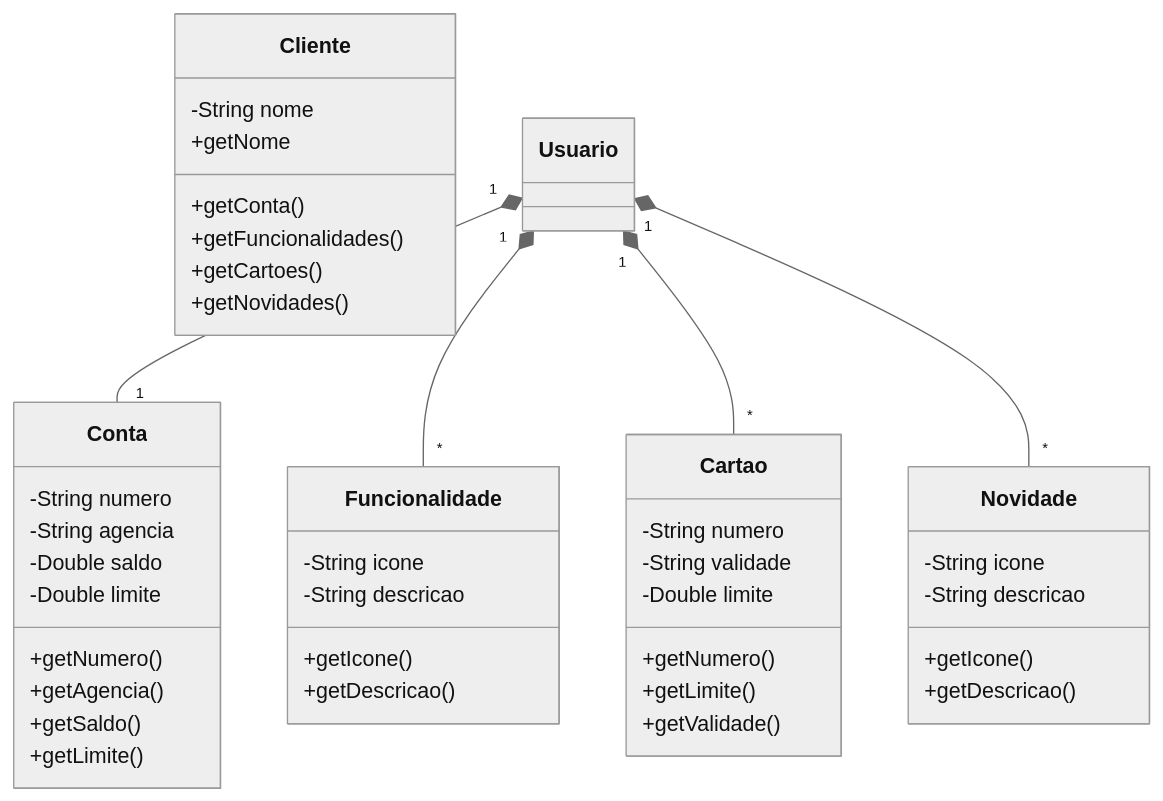
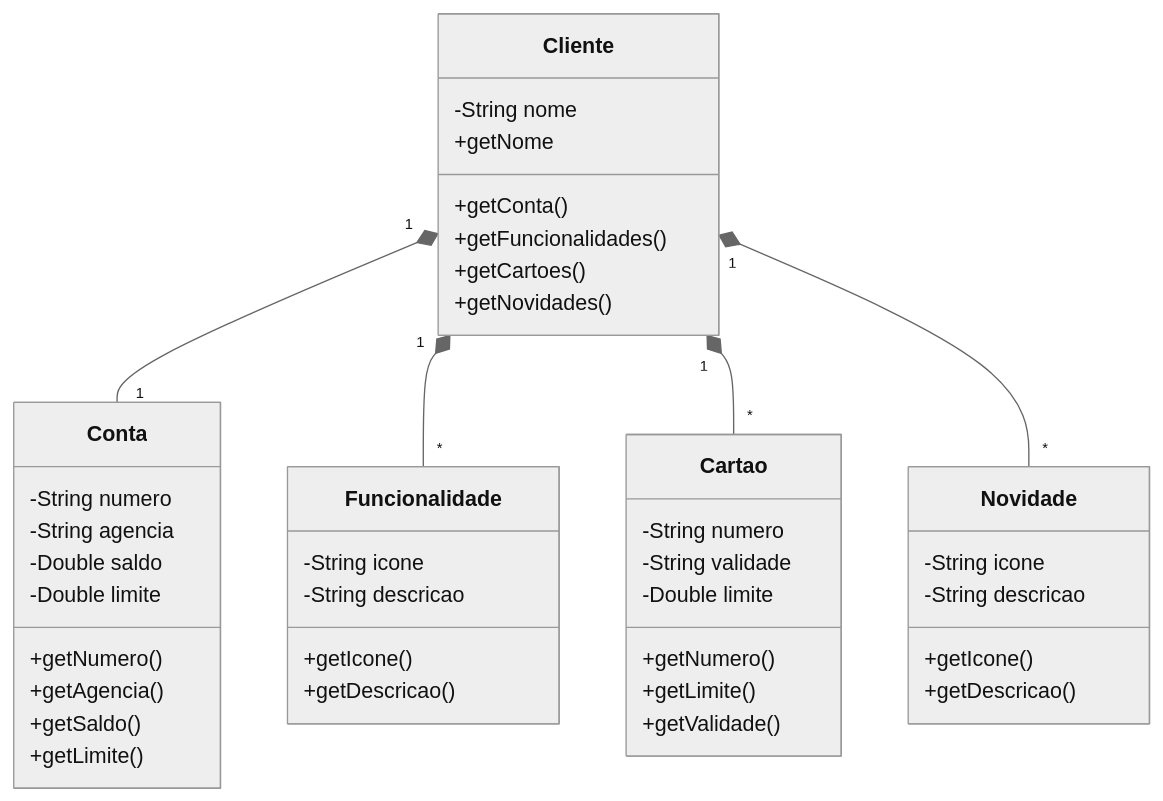
Before and after one commit to KvraoRJ/springboot-clientes: the diagram in README.md, drawn with Mermaid (neutral theme).

Commit message:
correcao do nome da classe

````diff
--- a/README.md
+++ b/README.md
@@ -3,51 +3,51 @@
 ```mermaid
 classDiagram
     class Cliente {
         -String nome
         +getNome
         +getConta()
         +getFuncionalidades()
         +getCartoes()
         +getNovidades()
     }
 
     class Conta {
         -String numero
         -String agencia
         -Double saldo
         -Double limite
         +getNumero()
         +getAgencia()
         +getSaldo()
         +getLimite()
     }
 
     class Funcionalidade {
         -String icone
         -String descricao
         +getIcone()
         +getDescricao()
     }
 
     class Cartao {
         -String numero
         -String validade
         -Double limite
         +getNumero()
         +getLimite()
         +getValidade()
     }
 
     class Novidade {
         -String icone
         -String descricao
         +getIcone()
         +getDescricao()
     }
 
-    Usuario "1" *-- "1" Conta
-    Usuario "1" *-- "*" Funcionalidade
-    Usuario "1" *-- "*" Cartao
-    Usuario "1" *-- "*" Novidade
+    Cliente "1" *-- "1" Conta
+    Cliente "1" *-- "*" Funcionalidade
+    Cliente "1" *-- "*" Cartao
+    Cliente "1" *-- "*" Novidade
 
 ```
````
